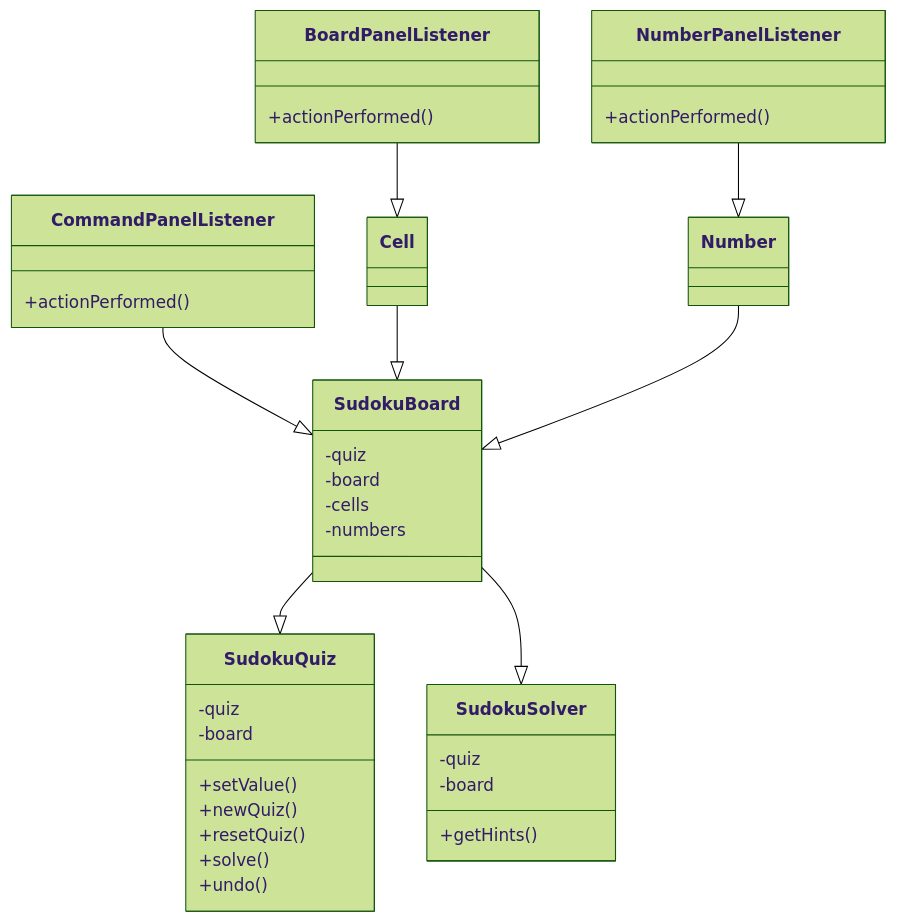
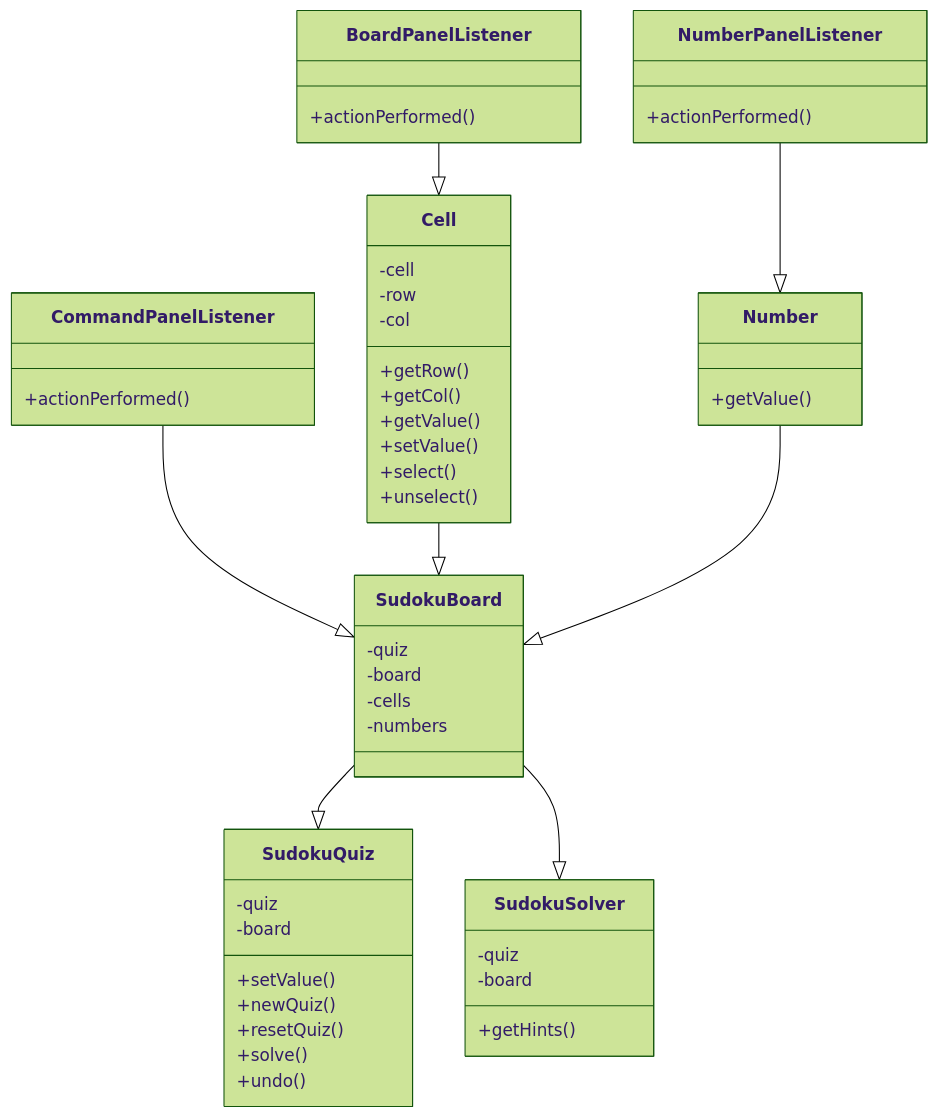
The diagram in README.md (miyaichi/Sudoku), drawn with Mermaid (forest theme) before and after one commit. The commit also changed 1 other file, not shown here.

Commit message:
Add class diagram

````diff
--- a/README.md
+++ b/README.md
@@ -99,27 +99,37 @@
 ```mermaid
 classDiagram
     SudokuBoard --|> SudokuQuiz
     SudokuBoard : -quiz
     SudokuBoard : -board
     SudokuBoard : -cells
     SudokuBoard : -numbers
     SudokuQuiz : -quiz
     SudokuQuiz : -board
     SudokuQuiz : +setValue()
     SudokuQuiz : +newQuiz()
     SudokuQuiz : +resetQuiz()
     SudokuQuiz : +solve()
     SudokuQuiz : +undo()
     SudokuBoard --|> SudokuSolver
     SudokuSolver : -quiz
     SudokuSolver : -board
     SudokuSolver : +getHints()
     CommandPanelListener --|> SudokuBoard
     CommandPanelListener : +actionPerformed()
     BoardPanelListener --|> Cell
     BoardPanelListener : +actionPerformed()
     Cell --|> SudokuBoard
+    Cell : -cell
+    Cell : -row
+    Cell : -col
+    Cell : +getRow()
+    Cell : +getCol()
+    Cell : +getValue()
+    Cell : +setValue()
+    Cell : +select()
+    Cell : +unselect()
     NumberPanelListener --|> Number
     NumberPanelListener : +actionPerformed()
     Number --|> SudokuBoard
+    Number : +getValue()
 ```
````
